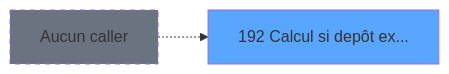
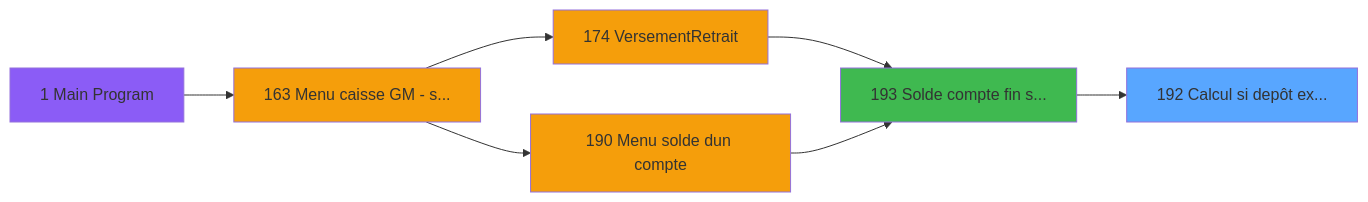
Before and after one commit to thonyAGP/magic-migration: the second of 3 diagrams in .openspec/specs/ADH-IDE-192.md, drawn with Mermaid. The commit also changed other lines of this file and 253 other files, not shown here.

````diff
--- a/.openspec/specs/ADH-IDE-192.md
+++ b/.openspec/specs/ADH-IDE-192.md
@@ -180,8 +197,21 @@
 ```mermaid
 graph LR
     T192[192 Calcul si depôt ex...]
     style T192 fill:#58a6ff
-    NONE[Aucun caller]
-    NONE -.-> T192
-    style NONE fill:#6b7280,stroke-dasharray: 5 5
+    CC1[1 Main Program]
+    style CC1 fill:#8b5cf6
+    CC163[163 Menu caisse GM - s...]
+    style CC163 fill:#f59e0b
+    CC190[190 Menu solde dun compte]
+    style CC190 fill:#f59e0b
+    CC174[174 VersementRetrait]
+    style CC174 fill:#f59e0b
+    CC193[193 Solde compte fin s...]
+    style CC193 fill:#3fb950
+    CC174 --> CC193
+    CC190 --> CC193
+    CC163 --> CC174
+    CC163 --> CC190
+    CC1 --> CC163
+    CC193 --> T192
 ```
````
